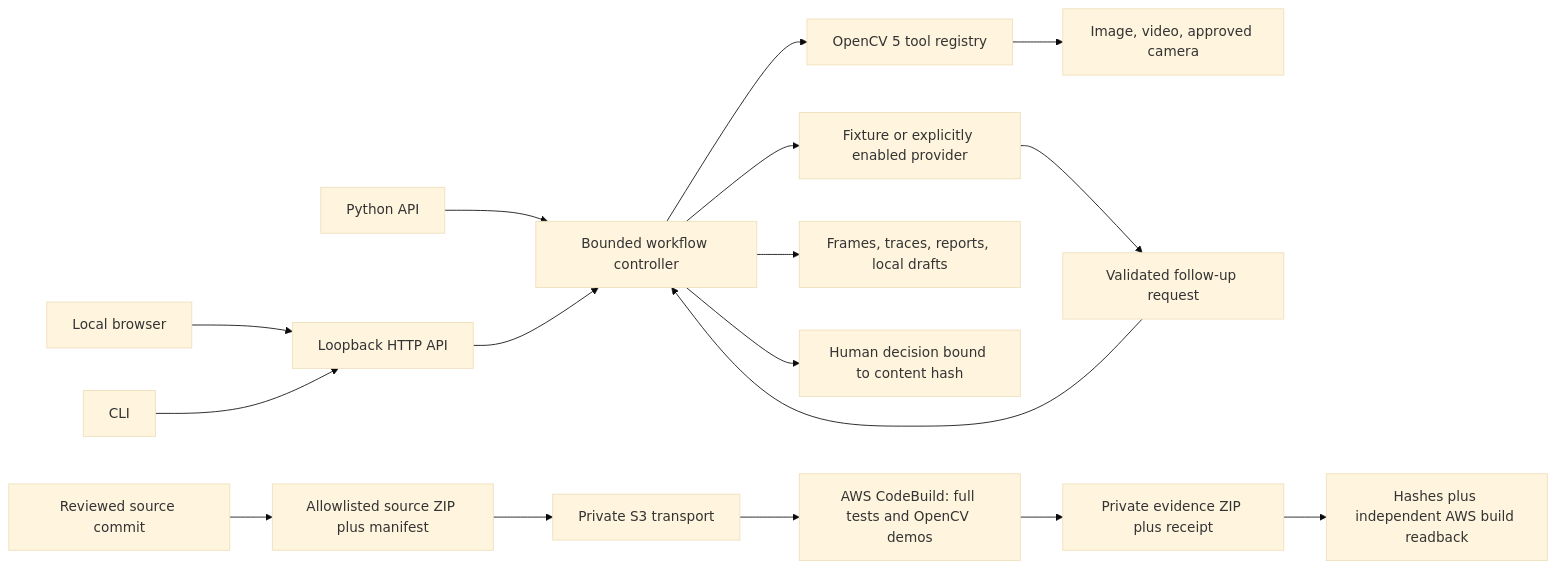
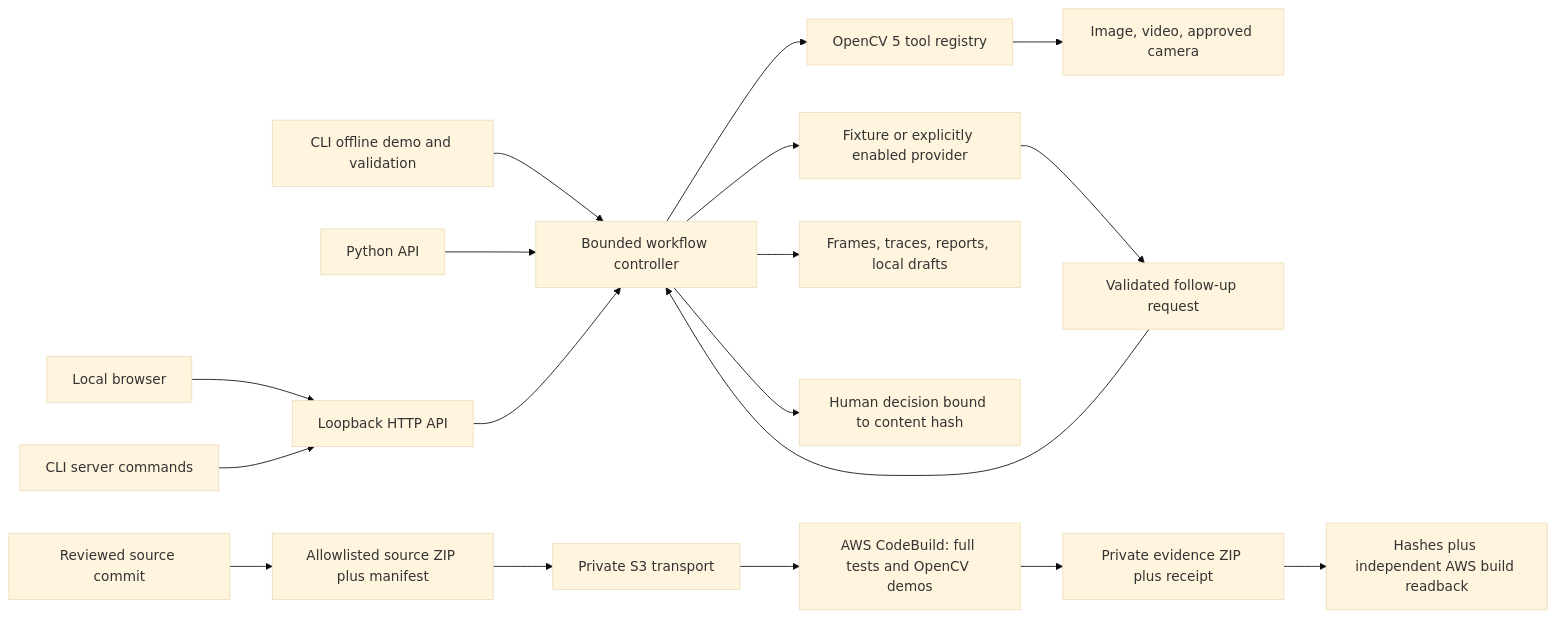
Before and after one commit to ellmos-ai/VisionFlow: the diagram in docs/ARCHITECTURE.md, drawn with Mermaid (base theme). The commit also changed 5 other files, not shown here.

````diff
--- a/docs/ARCHITECTURE.md
+++ b/docs/ARCHITECTURE.md
@@ -3,19 +3,20 @@
 ```mermaid
 flowchart LR
     UI[Local browser] --> API[Loopback HTTP API]
-    CLI[CLI] --> API
+    CLI[CLI server commands] --> API
+    LOCAL[CLI offline demo and validation] --> CORE
     PY[Python API] --> CORE[Bounded workflow controller]
     API --> CORE
     CORE --> CV[OpenCV 5 tool registry]
     CV --> MEDIA[Image, video, approved camera]
     CORE --> MODEL[Fixture or explicitly enabled provider]
     MODEL --> REQUEST[Validated follow-up request]
     REQUEST --> CORE
     CORE --> EVIDENCE[Frames, traces, reports, local drafts]
     CORE --> REVIEW[Human decision bound to content hash]
     COMMIT[Reviewed source commit] --> ZIP[Allowlisted source ZIP plus manifest]
     ZIP --> S3[Private S3 transport]
     S3 --> BUILD[AWS CodeBuild: full tests and OpenCV demos]
     BUILD --> ARTIFACT[Private evidence ZIP plus receipt]
     ARTIFACT --> VERIFY[Hashes plus independent AWS build readback]
 ```
````
